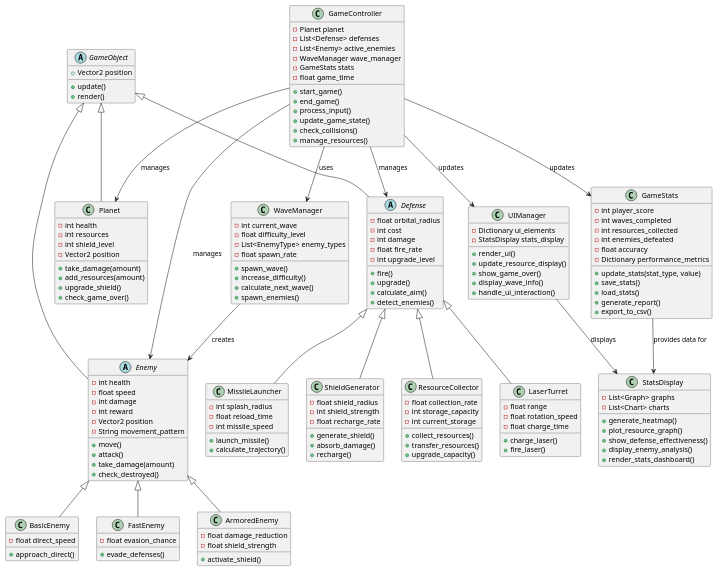
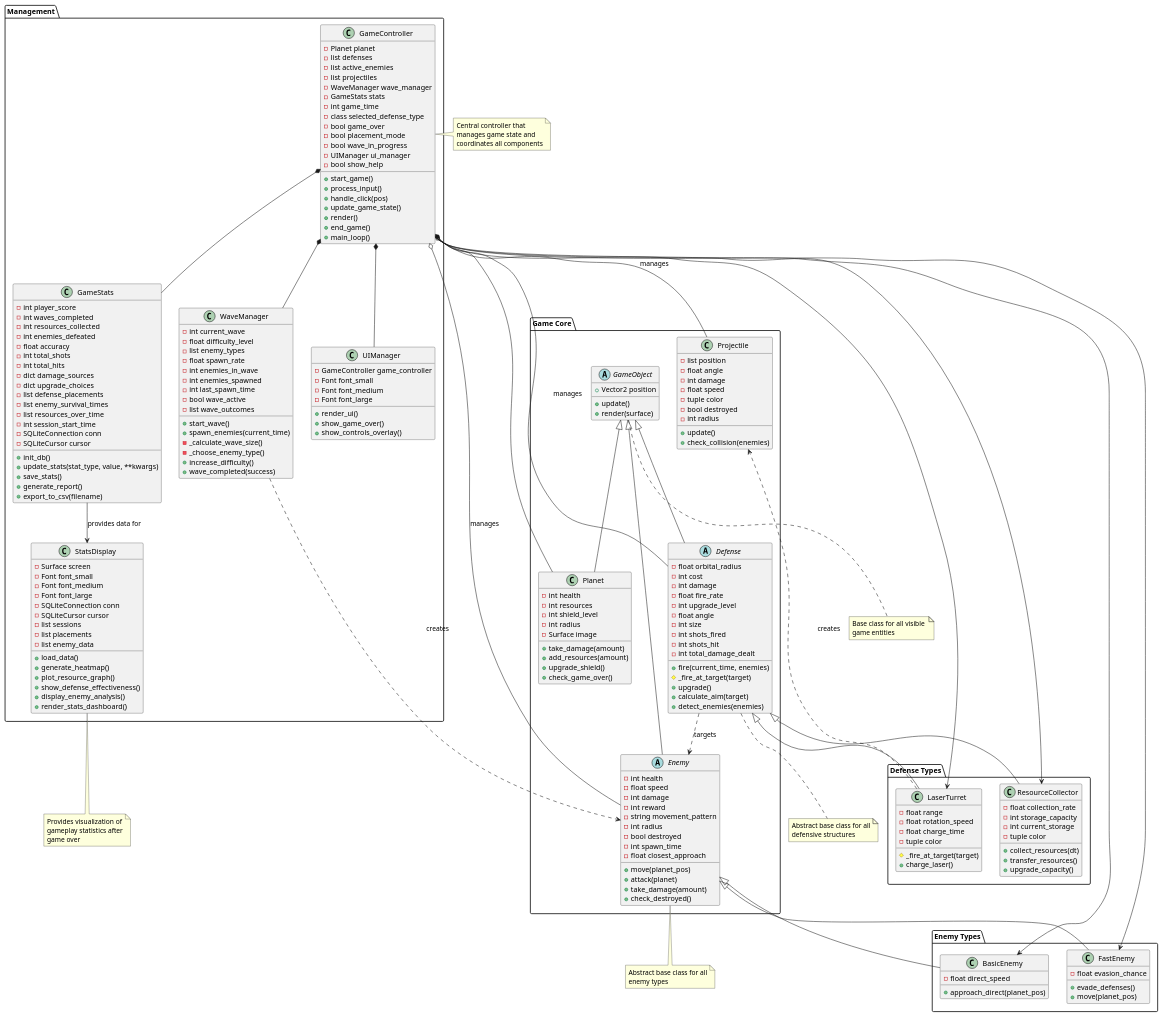
One commit to SporkFoon/orbital-defense changed the diagram in docs/UML diagram.plantuml. Above: the diagram before and after it, drawn with PlantUML. The commit also changed 2 other files, not shown here.

Commit message:
Updating UML diagram

```diff
--- a/docs/UML diagram.plantuml
+++ b/docs/UML diagram.plantuml
@@ -1,180 +1,258 @@
 @startuml "Orbital Defense Class Diagram"
 
-abstract class GameObject {
-  +Vector2 position
-  +update()
-  +render()
+package "Game Core" {
+  abstract class GameObject {
+    +Vector2 position
+    +update()
+    +render(surface)
+  }
+
+  class Planet {
+    -int health
+    -int resources
+    -int shield_level
+    -int radius
+    -Surface image
+    +take_damage(amount)
+    +add_resources(amount)
+    +upgrade_shield()
+    +check_game_over()
+  }
+
+  abstract class Defense {
+    -float orbital_radius
+    -int cost
+    -int damage
+    -float fire_rate
+    -int upgrade_level
+    -float angle
+    -int size
+    -int shots_fired
+    -int shots_hit
+    -int total_damage_dealt
+    +fire(current_time, enemies)
+    #_fire_at_target(target)
+    +upgrade()
+    +calculate_aim(target)
+    +detect_enemies(enemies)
+  }
+
+  abstract class Enemy {
+    -int health
+    -float speed
+    -int damage
+    -int reward
+    -string movement_pattern
+    -int radius
+    -bool destroyed
+    -int spawn_time
+    -float closest_approach
+    +move(planet_pos)
+    +attack(planet)
+    +take_damage(amount)
+    +check_destroyed()
+  }
+
+  class Projectile {
+    -list position
+    -float angle
+    -int damage
+    -float speed
+    -tuple color
+    -bool destroyed
+    -int radius
+    +update()
+    +check_collision(enemies)
+  }
 }
 
-class Planet {
-  -int health
-  -int resources
-  -int shield_level
-  -Vector2 position
-  +take_damage(amount)
-  +add_resources(amount)
-  +upgrade_shield()
-  +check_game_over()
+package "Defense Types" {
+  class LaserTurret {
+    -float range
+    -float rotation_speed
+    -float charge_time
+    -tuple color
+    #_fire_at_target(target)
+    +charge_laser()
+  }
+
+  class ResourceCollector {
+    -float collection_rate
+    -int storage_capacity
+    -int current_storage
+    -tuple color
+    +collect_resources(dt)
+    +transfer_resources()
+    +upgrade_capacity()
+  }
 }
 
-abstract class Defense {
-  -float orbital_radius
-  -int cost
-  -int damage
-  -float fire_rate
-  -int upgrade_level
-  +fire()
-  +upgrade()
-  +calculate_aim()
-  +detect_enemies()
+package "Enemy Types" {
+  class BasicEnemy {
+    -float direct_speed
+    +approach_direct(planet_pos)
+  }
+
+  class FastEnemy {
+    -float evasion_chance
+    +evade_defenses()
+    +move(planet_pos)
+  }
 }
 
-class LaserTurret {
-  -float range
-  -float rotation_speed
-  -float charge_time
-  +charge_laser()
-  +fire_laser()
+package "Management" {
+  class WaveManager {
+    -int current_wave
+    -float difficulty_level
+    -list enemy_types
+    -float spawn_rate
+    -int enemies_in_wave
+    -int enemies_spawned
+    -int last_spawn_time
+    -bool wave_active
+    -list wave_outcomes
+    +start_wave()
+    +spawn_enemies(current_time)
+    -_calculate_wave_size()
+    -_choose_enemy_type()
+    +increase_difficulty()
+    +wave_completed(success)
+  }
+
+  class GameStats {
+    -int player_score
+    -int waves_completed
+    -int resources_collected
+    -int enemies_defeated
+    -float accuracy
+    -int total_shots
+    -int total_hits
+    -dict damage_sources
+    -dict upgrade_choices
+    -list defense_placements
+    -list enemy_survival_times
+    -list resources_over_time
+    -int session_start_time
+    -SQLiteConnection conn
+    -SQLiteCursor cursor
+    +init_db()
+    +update_stats(stat_type, value, **kwargs)
+    +save_stats()
+    +generate_report()
+    +export_to_csv(filename)
+  }
+
+  class UIManager {
+    -GameController game_controller
+    -Font font_small
+    -Font font_medium
+    -Font font_large
+    +render_ui()
+    +show_game_over()
+    +show_controls_overlay()
+  }
+
+  class StatsDisplay {
+    -Surface screen
+    -Font font_small
+    -Font font_medium
+    -Font font_large
+    -SQLiteConnection conn
+    -SQLiteCursor cursor
+    -list sessions
+    -list placements
+    -list enemy_data
+    +load_data()
+    +generate_heatmap()
+    +plot_resource_graph()
+    +show_defense_effectiveness()
+    +display_enemy_analysis()
+    +render_stats_dashboard()
+  }
+
+  class GameController {
+    -Planet planet
+    -list defenses
+    -list active_enemies
+    -list projectiles
+    -WaveManager wave_manager
+    -GameStats stats
+    -int game_time
+    -class selected_defense_type
+    -bool game_over
+    -bool placement_mode
+    -bool wave_in_progress
+    -UIManager ui_manager
+    -bool show_help
+    +start_game()
+    +process_input()
+    +handle_click(pos)
+    +update_game_state()
+    +render()
+    +end_game()
+    +main_loop()
+  }
 }
 
-class MissileLauncher {
-  -int splash_radius
-  -float reload_time
-  -int missile_speed
-  +launch_missile()
-  +calculate_trajectory()
-}
-
-class ShieldGenerator {
-  -float shield_radius
-  -int shield_strength
-  -float recharge_rate
-  +generate_shield()
-  +absorb_damage()
-  +recharge()
-}
-
-class ResourceCollector {
-  -float collection_rate
-  -int storage_capacity
-  -int current_storage
-  +collect_resources()
-  +transfer_resources()
-  +upgrade_capacity()
-}
-
-abstract class Enemy {
-  -int health
-  -float speed
-  -int damage
-  -int reward
-  -Vector2 position
-  -String movement_pattern
-  +move()
-  +attack()
-  +take_damage(amount)
-  +check_destroyed()
-}
-
-class BasicEnemy {
-  -float direct_speed
-  +approach_direct()
-}
-
-class FastEnemy {
-  -float evasion_chance
-  +evade_defenses()
-}
-
-class ArmoredEnemy {
-  -float damage_reduction
-  -float shield_strength
-  +activate_shield()
-}
-
-class WaveManager {
-  -int current_wave
-  -float difficulty_level
-  -List<EnemyType> enemy_types
-  -float spawn_rate
-  +spawn_wave()
-  +increase_difficulty()
-  +calculate_next_wave()
-  +spawn_enemies()
-}
-
-class GameStats {
-  -int player_score
-  -int waves_completed
-  -int resources_collected
-  -int enemies_defeated
-  -float accuracy
-  -Dictionary performance_metrics
-  +update_stats(stat_type, value)
-  +save_stats()
-  +load_stats()
-  +generate_report()
-  +export_to_csv()
-}
-
-class GameController {
-  -Planet planet
-  -List<Defense> defenses
-  -List<Enemy> active_enemies
-  -WaveManager wave_manager
-  -GameStats stats
-  -float game_time
-  +start_game()
-  +end_game()
-  +process_input()
-  +update_game_state()
-  +check_collisions()
-  +manage_resources()
-}
-
-class UIManager {
-  -Dictionary ui_elements
-  -StatsDisplay stats_display
-  +render_ui()
-  +update_resource_display()
-  +show_game_over()
-  +display_wave_info()
-  +handle_ui_interaction()
-}
-
-class StatsDisplay {
-  -List<Graph> graphs
-  -List<Chart> charts
-  +generate_heatmap()
-  +plot_resource_graph()
-  +show_defense_effectiveness()
-  +display_enemy_analysis()
-  +render_stats_dashboard()
-}
-
+' Inheritance relationships
 GameObject <|-- Planet
 GameObject <|-- Defense
 GameObject <|-- Enemy
 
 Defense <|-- LaserTurret
-Defense <|-- MissileLauncher
-Defense <|-- ShieldGenerator
 Defense <|-- ResourceCollector
 
 Enemy <|-- BasicEnemy
 Enemy <|-- FastEnemy
-Enemy <|-- ArmoredEnemy
 
-GameController --> Planet : manages
-GameController --> Defense : manages
-GameController --> Enemy : manages
-GameController --> WaveManager : uses
-GameController --> GameStats : updates
+' Composition relationships
+GameController *-- Planet
+GameController *-- WaveManager
+GameController *-- GameStats
+GameController *-- UIManager
 
-UIManager --> StatsDisplay : displays
-GameController --> UIManager : updates
+' Association relationships
+GameController o-- Defense : manages
+GameController o-- Enemy : manages
+GameController o-- Projectile : manages
 
-WaveManager --> Enemy : creates
+WaveManager ..> Enemy : creates
+LaserTurret ..> Projectile : creates
+Defense ..> Enemy : targets
+
+GameController --> BasicEnemy
+GameController --> FastEnemy
+GameController --> LaserTurret
+GameController --> ResourceCollector
+
 GameStats --> StatsDisplay : provides data for
 
+' Notes and explanations
+note bottom of GameObject
+  Base class for all visible 
+  game entities
+end note
+
+note bottom of Defense
+  Abstract base class for all
+  defensive structures
+end note
+
+note bottom of Enemy
+  Abstract base class for all
+  enemy types
+end note
+
+note right of GameController
+  Central controller that
+  manages game state and
+  coordinates all components
+end note
+
+note bottom of StatsDisplay
+  Provides visualization of
+  gameplay statistics after
+  game over
+end note
+
 @enduml
```
